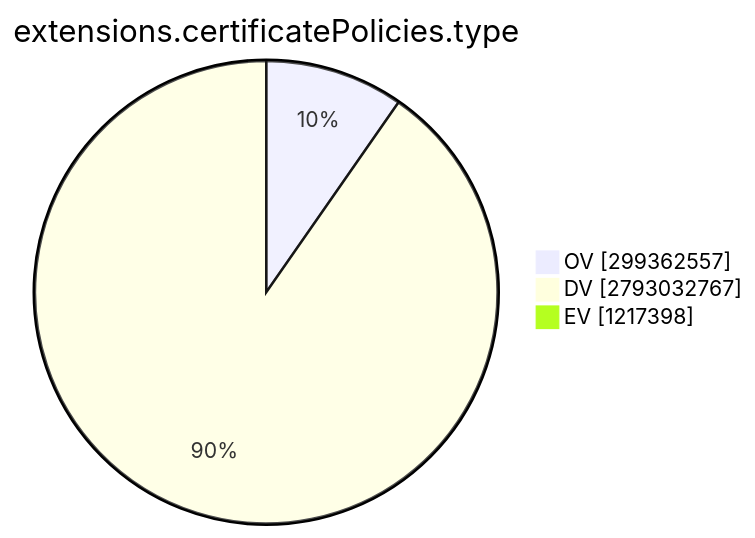
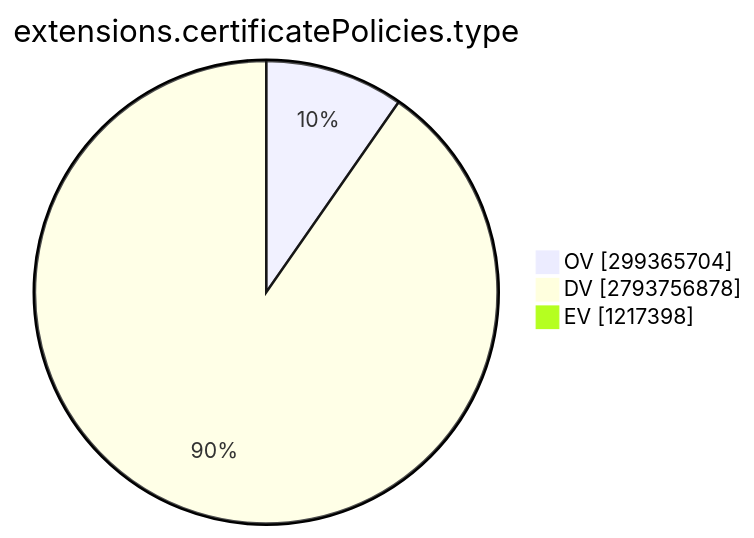
The ninth of 15 diagrams in TOTAL/README.md (christiankrug/ctmonitor_visualization), drawn with Mermaid before and after one commit. The commit also changed other lines of this file, not shown here.

````diff
--- a/TOTAL/README.md
+++ b/TOTAL/README.md
@@ -3101,7 +3101,7 @@
 ```mermaid
 pie showData
 title extensions.certificatePolicies.type
-"OV" :299362557
-"DV" :2793032767
+"OV" :299365704
+"DV" :2793756878
 "EV" :1217398
 ```
````
